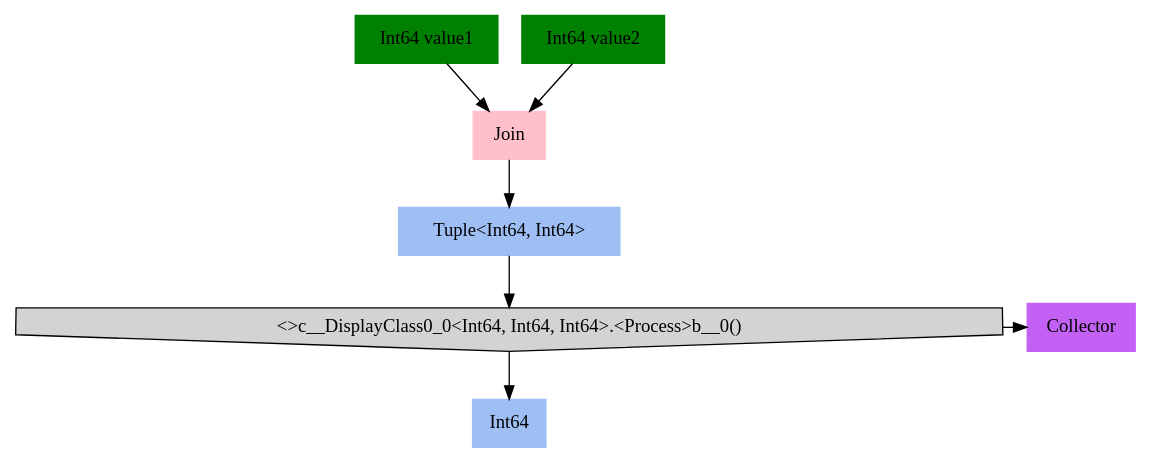
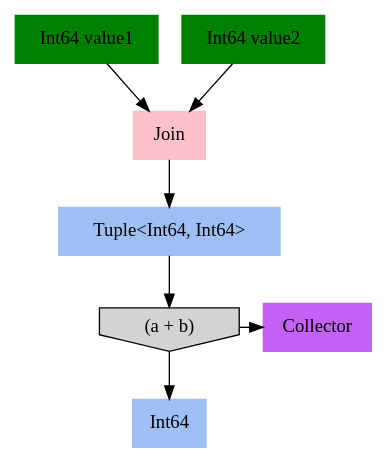
The diagram in Refactoring.Pipelines.Test/PipelineTests.MultipleParameters.approved.dot (refactoring-pipelines/Pipelines), drawn with Graphviz before and after one commit. The commit also changed 3 other files, not shown here.

```diff
--- a/Refactoring.Pipelines.Test/PipelineTests.MultipleParameters.approved.dot
+++ b/Refactoring.Pipelines.Test/PipelineTests.MultipleParameters.approved.dot
@@ -1,20 +1,20 @@
 digraph G { node [style=filled, shape=rec]
 
 # Nodes
 {"Int64 value1", "Int64 value2"} -> "Join" -> "Tuple<Int64, Int64>"
-"Tuple<Int64, Int64>" -> "<>c__DisplayClass0_0<Int64, Int64, Int64>.<Process>b__0()" -> {"Int64", "Collector"}
+"Tuple<Int64, Int64>" -> "(a + b)" -> {"Int64", "Collector"}
 
 
 # Formatting
 "Int64 value1" [color=green]
 "Tuple<Int64, Int64>" [color="#9fbff4"]
 "Join" [color=pink]
 "Int64" [color="#9fbff4"]
-"<>c__DisplayClass0_0<Int64, Int64, Int64>.<Process>b__0()" [shape=invhouse]
+"(a + b)" [shape=invhouse]
 "Collector" [color = "#c361f4"]
 "Int64 value2" [color=green]
 
-{ rank=same; "<>c__DisplayClass0_0<Int64, Int64, Int64>.<Process>b__0()", "Collector"}
+{ rank=same; "(a + b)", "Collector"}
 
 
 }
```
